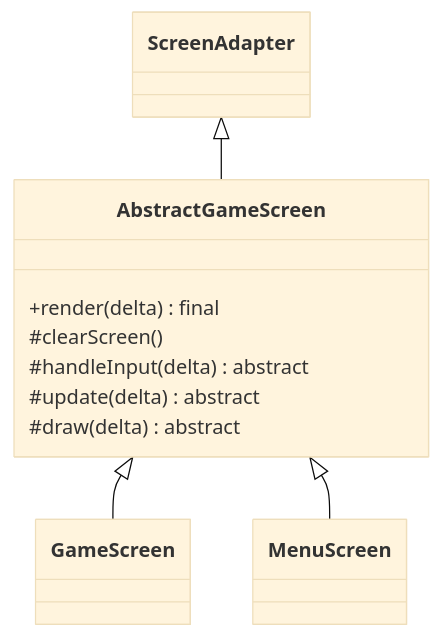
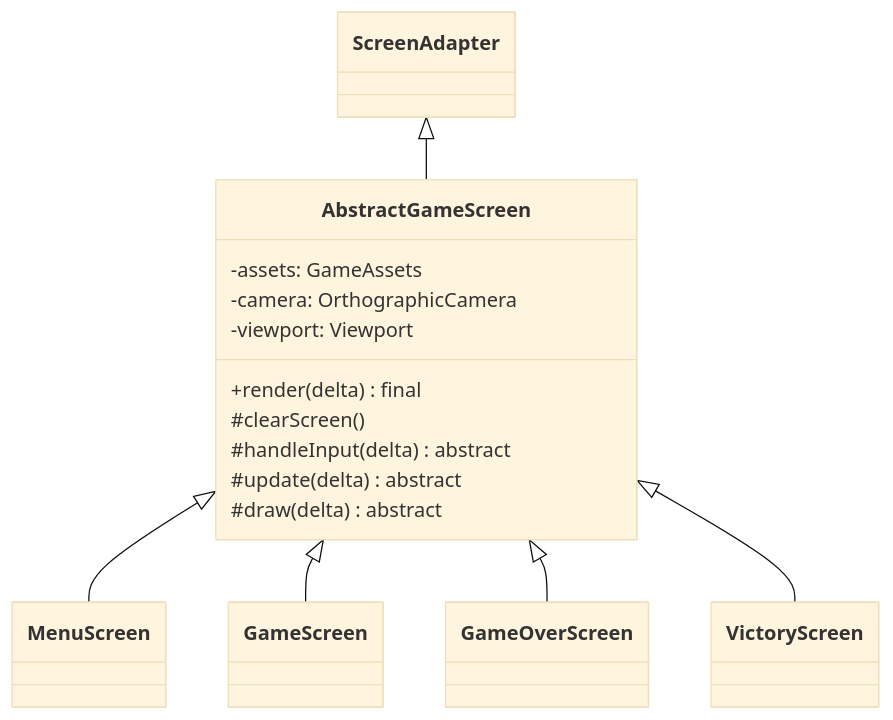
Before and after one commit to L3v1smpr/GameProject: the third of 4 diagrams in REPORTE_PROYECTO.md, drawn with Mermaid (base theme). The commit also changed other lines of this file and 2 other files, not shown here.

````diff
--- a/REPORTE_PROYECTO.md
+++ b/REPORTE_PROYECTO.md
@@ -139,16 +237,23 @@
 ```mermaid
 classDiagram
     class ScreenAdapter
     class AbstractGameScreen {
+        -assets: GameAssets
+        -camera: OrthographicCamera
+        -viewport: Viewport
         +render(delta) final
         #clearScreen()
         #handleInput(delta) abstract
         #update(delta) abstract
         #draw(delta) abstract
     }
+    class MenuScreen
     class GameScreen
-    class MenuScreen
+    class GameOverScreen
+    class VictoryScreen
     ScreenAdapter <|-- AbstractGameScreen
+    AbstractGameScreen <|-- MenuScreen
     AbstractGameScreen <|-- GameScreen
-    AbstractGameScreen <|-- MenuScreen
+    AbstractGameScreen <|-- GameOverScreen
+    AbstractGameScreen <|-- VictoryScreen
 ```
````
